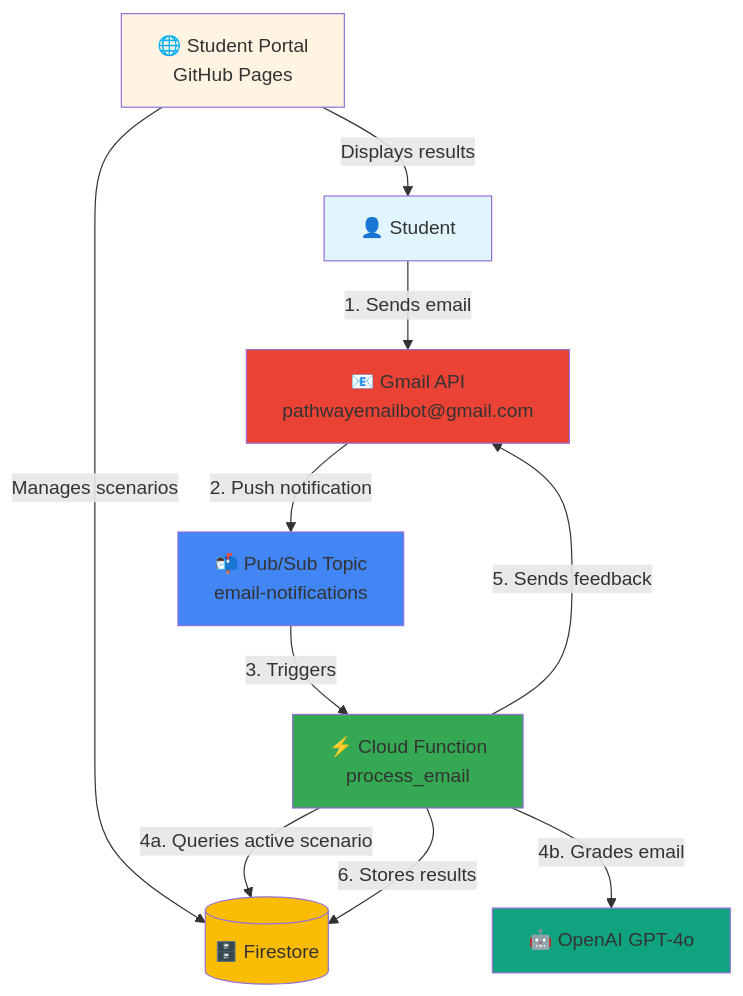
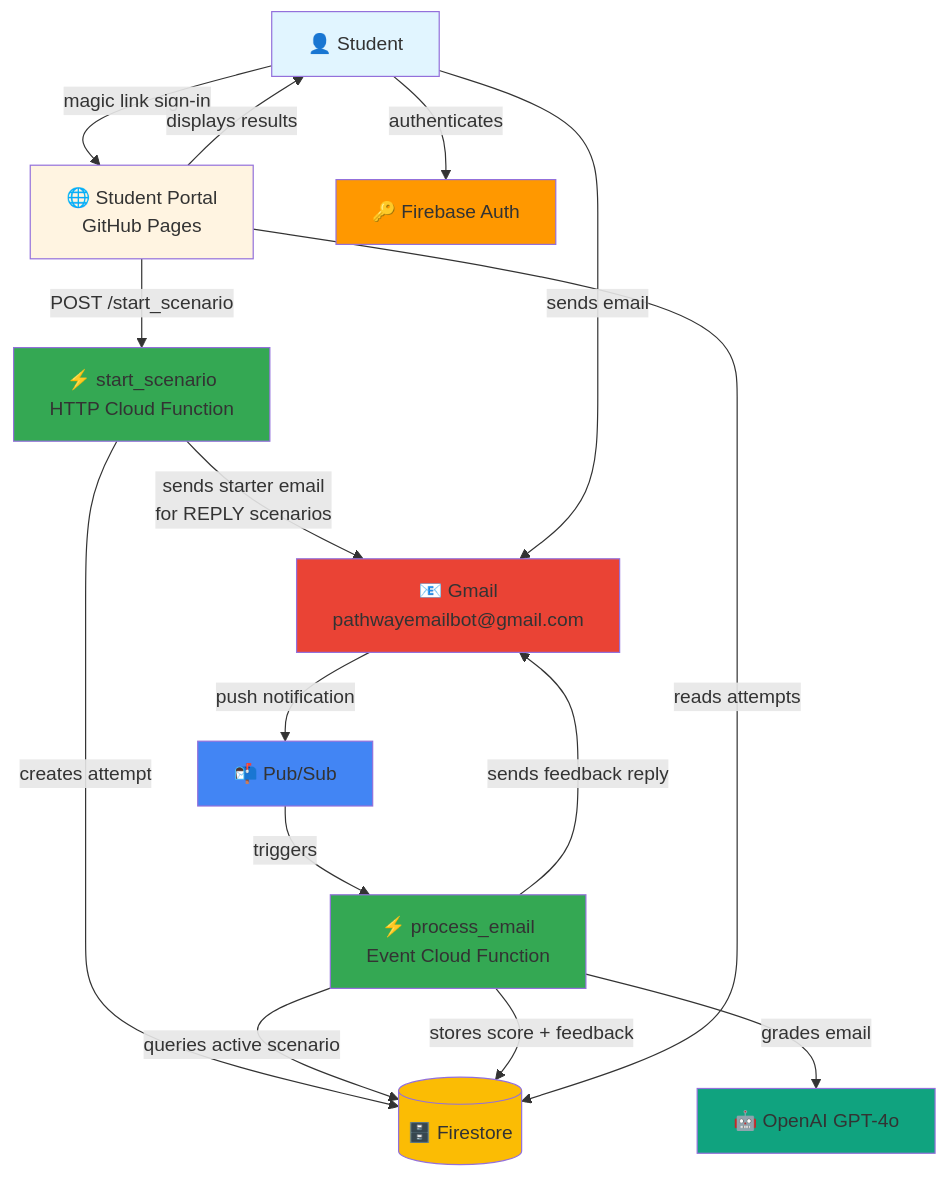
The first of 2 diagrams in readme.md (pathway-email-bot/pebservice), drawn with Mermaid before and after one commit. The commit also changed other lines of this file, not shown here.

First line of the commit message:
docs: update readme diagrams with complete student journey

````diff
--- a/readme.md
+++ b/readme.md
@@ -43,23 +43,30 @@
 ```mermaid
 graph TB
-    Student[👤 Student] -->|1. Sends email| Gmail[📧 Gmail API<br/>pathwayemailbot@gmail.com]
-    Portal[🌐 Student Portal<br/>GitHub Pages] -->|Manages scenarios| Firestore[(🗄️ Firestore)]
+    Student[👤 Student] -->|magic link sign-in| Portal[🌐 Student Portal<br/>GitHub Pages]
+    Portal -->|POST /start_scenario| StartFunc[⚡ start_scenario<br/>HTTP Cloud Function]
+    StartFunc -->|creates attempt| Firestore[(🗄️ Firestore)]
+    StartFunc -->|sends starter email<br/>for REPLY scenarios| Gmail[📧 Gmail<br/>pathwayemailbot@gmail.com]
     
-    Gmail -->|2. Push notification| PubSub[📬 Pub/Sub Topic<br/>email-notifications]
-    PubSub -->|3. Triggers| CloudFunc[⚡ Cloud Function<br/>process_email]
+    Student -->|sends email| Gmail
+    Gmail -->|push notification| PubSub[📬 Pub/Sub]
+    PubSub -->|triggers| ProcessFunc[⚡ process_email<br/>Event Cloud Function]
     
-    CloudFunc -->|4a. Queries active scenario| Firestore
-    CloudFunc -->|4b. Grades email| OpenAI[🤖 OpenAI GPT-4o]
-    CloudFunc -->|5. Sends feedback| Gmail
-    CloudFunc -->|6. Stores results| Firestore
+    ProcessFunc -->|queries active scenario| Firestore
+    ProcessFunc -->|grades email| OpenAI[🤖 OpenAI GPT-4o]
+    ProcessFunc -->|sends feedback reply| Gmail
+    ProcessFunc -->|stores score + feedback| Firestore
     
-    Portal -->|Displays results| Student
+    Portal -->|reads attempts| Firestore
+    Portal -->|displays results| Student
+    Student -->|authenticates| FireAuth[🔑 Firebase Auth]
     
     style Student fill:#e1f5ff
     style Portal fill:#fff4e1
     style Gmail fill:#ea4335
     style PubSub fill:#4285f4
-    style CloudFunc fill:#34a853
+    style StartFunc fill:#34a853
+    style ProcessFunc fill:#34a853
     style Firestore fill:#fbbc04
     style OpenAI fill:#10a37f
+    style FireAuth fill:#ff9800
 ```
````
